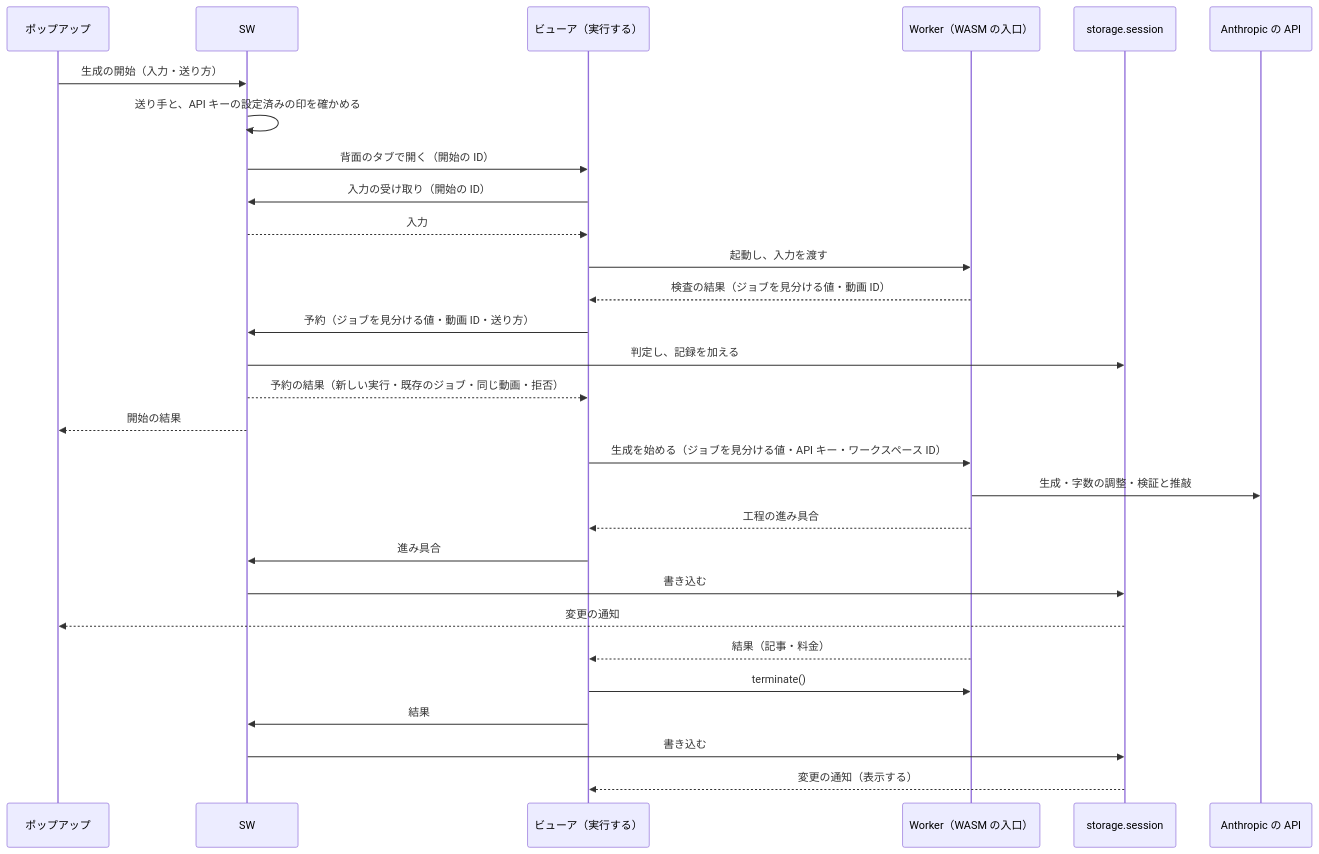
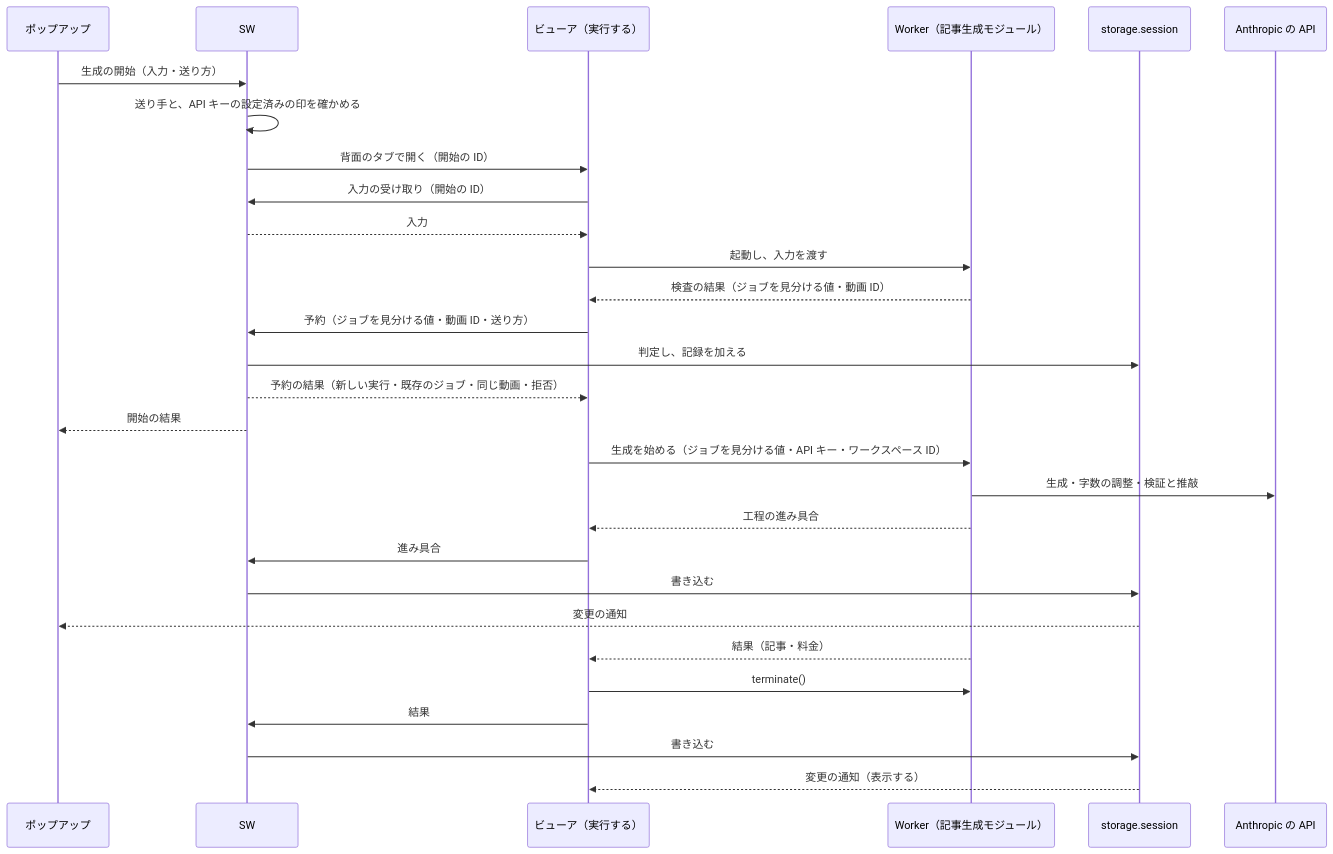
The fourth of 9 diagrams in docs/tasks/0090_extension_only_architecture/02_architecture.md (isseis/yt2column), drawn with Mermaid before and after one commit. The commit also changed other lines of this file and 17 other files, not shown here.

````diff
--- a/docs/tasks/0090_extension_only_architecture/02_architecture.md
+++ b/docs/tasks/0090_extension_only_architecture/02_architecture.md
@@ -225,32 +225,32 @@
 ```mermaid
 sequenceDiagram
     participant P as ポップアップ
     participant S as SW
     participant V as ビューア（実行する）
-    participant W as Worker（WASM の入口）
+    participant W as Worker（記事生成モジュール）
     participant SS as storage.session
     participant A as Anthropic の API
 
     P->>S: 生成の開始（入力・送り方）
     S->>S: 送り手と、API キーの設定済みの印を確かめる
     S->>V: 背面のタブで開く（開始の ID）
     V->>S: 入力の受け取り（開始の ID）
     S-->>V: 入力
     V->>W: 起動し、入力を渡す
     W-->>V: 検査の結果（ジョブを見分ける値・動画 ID）
     V->>S: 予約（ジョブを見分ける値・動画 ID・送り方）
     S->>SS: 判定し、記録を加える
     S-->>V: 予約の結果（新しい実行・既存のジョブ・同じ動画・拒否）
     S-->>P: 開始の結果
     V->>W: 生成を始める（ジョブを見分ける値・API キー・ワークスペース ID）
     W->>A: 生成・字数の調整・検証と推敲
     W-->>V: 工程の進み具合
     V->>S: 進み具合
     S->>SS: 書き込む
     SS-->>P: 変更の通知
     W-->>V: 結果（記事・料金）
     V->>W: terminate()
     V->>S: 結果
     S->>SS: 書き込む
     SS-->>V: 変更の通知（表示する）
 ```
````
